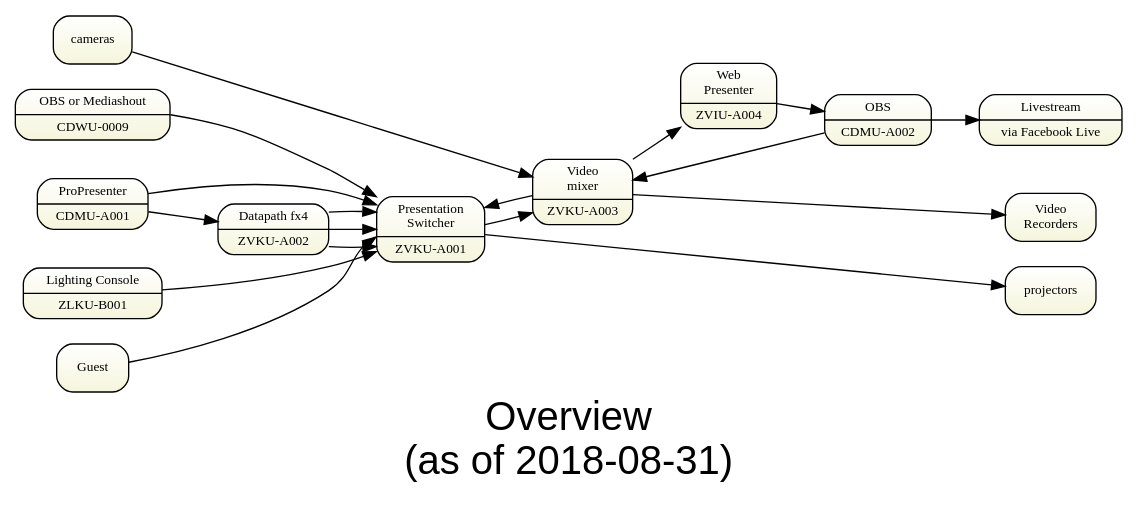
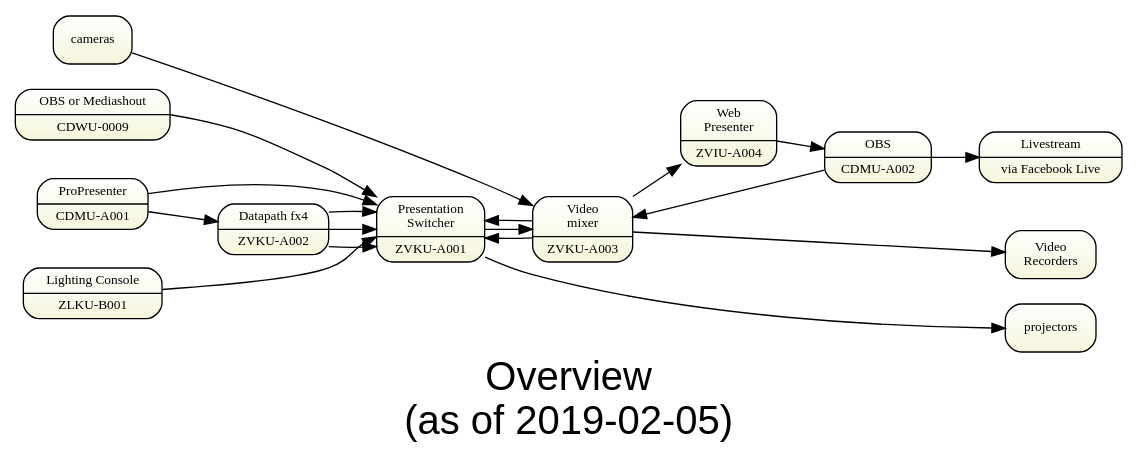
The diagram in sdv-topology0-overview.gv (avmaint/uactechdoc), drawn with Graphviz before and after one commit. The commit also changed 1 other file, not shown here.

```diff
--- a/sdv-topology0-overview.gv
+++ b/sdv-topology0-overview.gv
@@ -1,50 +1,47 @@
 digraph topology0 { 
 graph [overlap = true, fontsize = 30, rankdir=LR 
-      label="Overview\n(as of 2018-08-31)",
+      label="Overview\n(as of 2019-02-05)",
       fontname = Helvetica]
 
 node [shape=Mrecord, tooltip="" , fontsize = 10, 
       fillcolor="white:beige" , style=filled  
       gradientangle=270]
       
 pswitch [label="Presentation\nSwitcher|ZVKU-A001"]
 rswitch [label="Video\nmixer|ZVKU-A003"]
     
 cdwu0009 [label="OBS or Mediashout|CDWU-0009"]
 cdmua001 [label="ProPresenter|CDMU-A001"]
 cdmua002 [label="OBS|CDMU-A002"]
 
 fx4 [label="Datapath fx4|ZVKU-A002"]
 wp [label="Web\nPresenter|ZVIU-A004"]
 cs40 [label="Lighting Console|ZLKU-B001"]
 facebook [label="Livestream|via Facebook Live"]
 recorders [label="Video\nRecorders"]
 
-fx4:o1 -> pswitch:i1
-fx4:o2 -> pswitch:i2
-fx4:o3 -> pswitch:i3
+cdmua001  -> fx4   
 
-cdmua001  -> fx4   
-cdmua001 -> pswitch  
-
+fx4:o1        -> pswitch:i1
+fx4:o2        -> pswitch:i2
+fx4:o3        -> pswitch:i3
+cdmua001      -> pswitch:i4  
 cdwu0009:hdmi -> pswitch:i5
+rswitch       -> pswitch:i6
+rswitch       -> pswitch:i7
+cs40:hdmi     -> pswitch:i8
  
-guest [label=" Guest"]
-guest:hdmi -> pswitch:i6
-
 wp -> cdmua002 
 cdmua002 -> rswitch
 cdmua002 -> facebook
 
 pswitch -> rswitch
 
-rswitch -> pswitch
 cameras -> rswitch
 rswitch->wp
 pswitch -> projectors
-cs40 -> pswitch
 rswitch -> recorders
 
 {rank=same; facebook projectors recorders}
-{rank=same; cameras cdmua001  guest cdwu0009 cs40 }
+{rank=same; cameras cdmua001    cdwu0009 cs40 }
 } 
```
